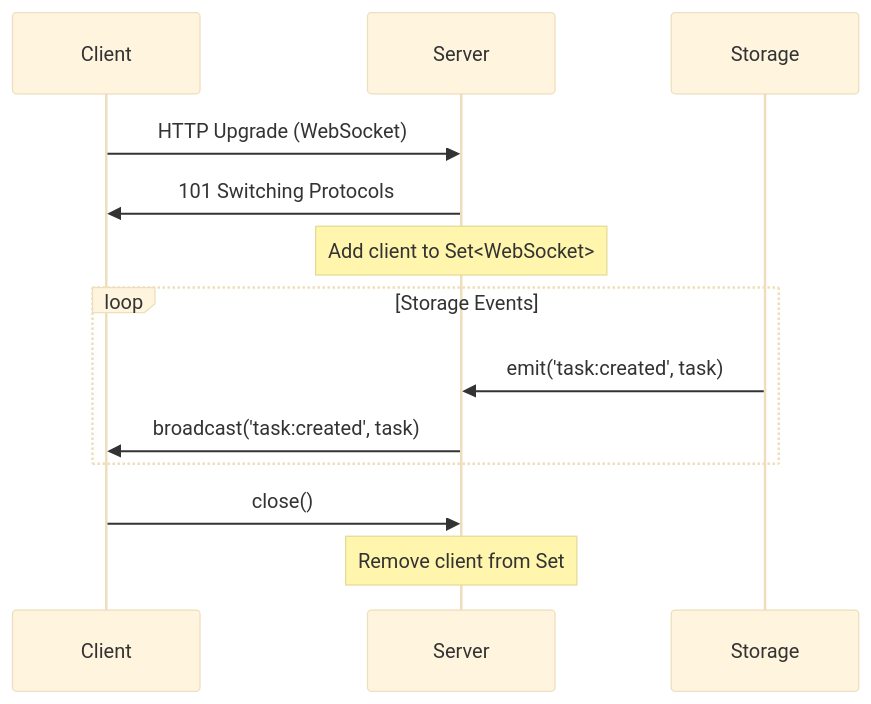
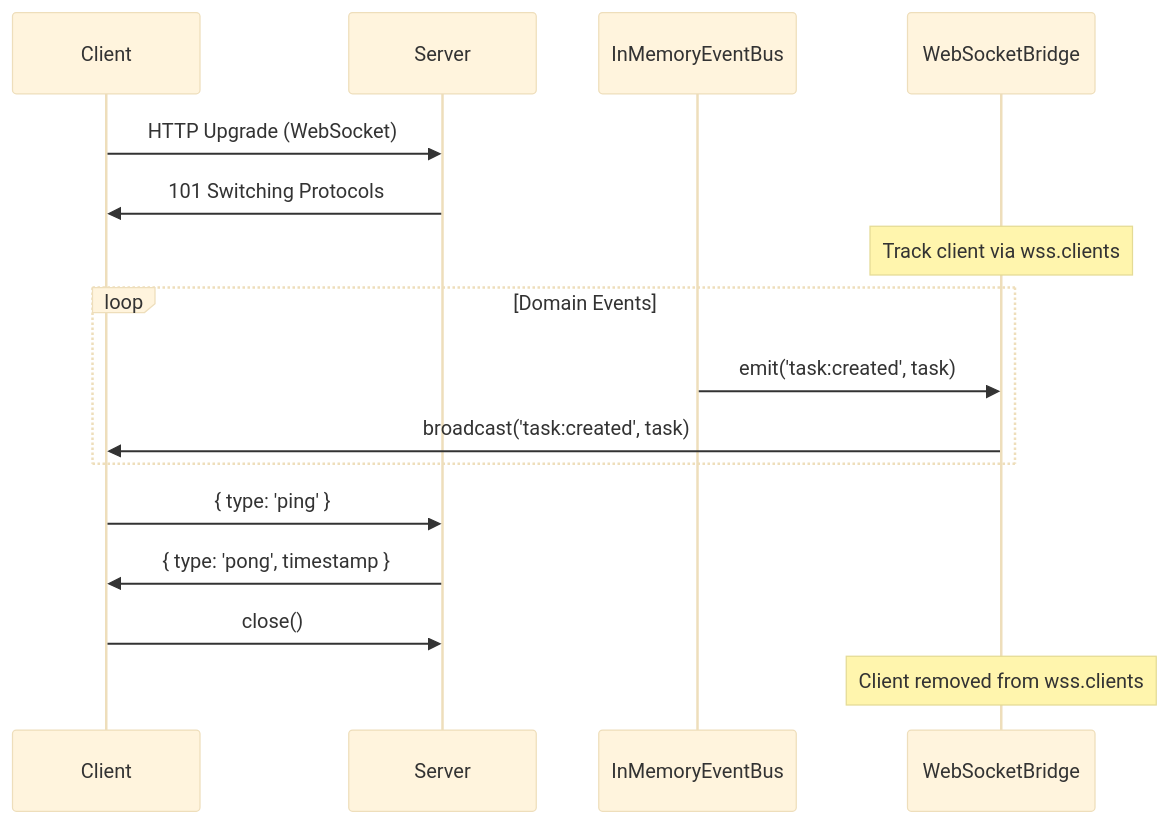
The first of 4 diagrams in maestro-server/spec/04-WEBSOCKET-SPECIFICATION.md (raghavared/agent-maestro), drawn with Mermaid (base theme) before and after one commit. The commit also changed other lines of this file and 37 other files, not shown here.

````diff
--- a/maestro-server/spec/04-WEBSOCKET-SPECIFICATION.md
+++ b/maestro-server/spec/04-WEBSOCKET-SPECIFICATION.md
@@ -27,18 +28,22 @@
 ```mermaid
 sequenceDiagram
     participant Client
     participant Server
-    participant Storage
+    participant EventBus as InMemoryEventBus
+    participant Bridge as WebSocketBridge
 
     Client->>Server: HTTP Upgrade (WebSocket)
     Server->>Client: 101 Switching Protocols
-    Note over Server: Add client to Set<WebSocket>
+    Note over Bridge: Track client via wss.clients
 
-    loop Storage Events
-        Storage->>Server: emit('task:created', task)
-        Server->>Client: broadcast('task:created', task)
+    loop Domain Events
+        EventBus->>Bridge: emit('task:created', task)
+        Bridge->>Client: broadcast('task:created', task)
     end
 
+    Client->>Server: { type: 'ping' }
+    Server->>Client: { type: 'pong', timestamp }
+
     Client->>Server: close()
-    Note over Server: Remove client from Set
+    Note over Bridge: Client removed from wss.clients
 ```
````
